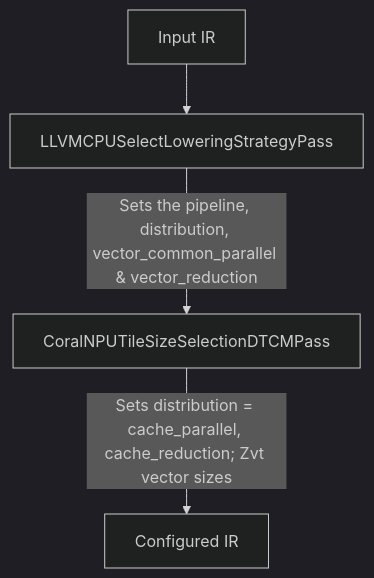
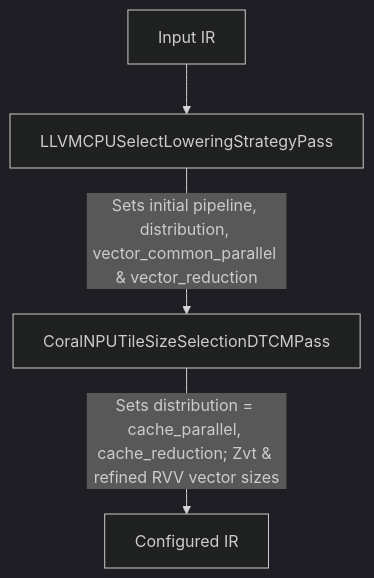
The first of 2 diagrams in docs/design/tiling_levels_explained.md (google-coral/coralnpu-compiler), drawn with Mermaid (dark theme) before and after one commit. The commit also changed other lines of this file and 15 other files, not shown here.

First line of the commit message:
[tiling] Refine RVV vector tile sizes and multi-op reduction configs

````diff
--- a/docs/design/tiling_levels_explained.md
+++ b/docs/design/tiling_levels_explained.md
@@ -155,6 +243,6 @@
 ```mermaid
 graph TD
     Input[Input IR] --> Strategy[LLVMCPUSelectLoweringStrategyPass]
-    Strategy -->|Sets the pipeline, distribution, vector_common_parallel & vector_reduction| DTCMPass[CoralNPUTileSizeSelectionDTCMPass]
-    DTCMPass -->|Sets distribution = cache_parallel, cache_reduction; Zvt vector sizes| Output[Configured IR]
+    Strategy -->|Sets initial pipeline, distribution, vector_common_parallel & vector_reduction| DTCMPass[CoralNPUTileSizeSelectionDTCMPass]
+    DTCMPass -->|Sets distribution = cache_parallel, cache_reduction; Zvt & refined RVV vector sizes| Output[Configured IR]
 ```
````
